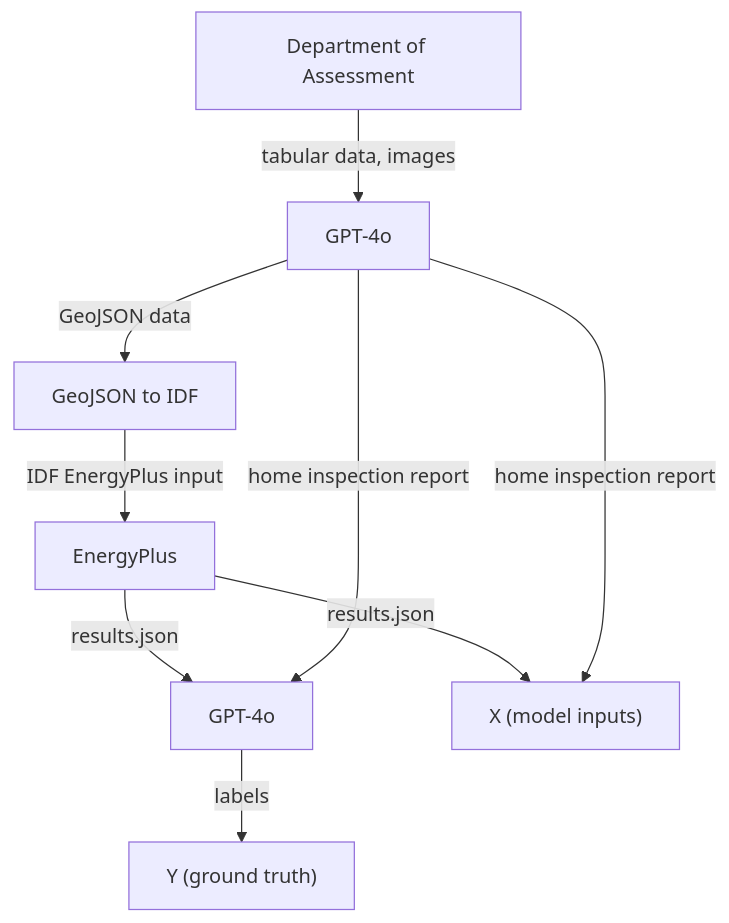
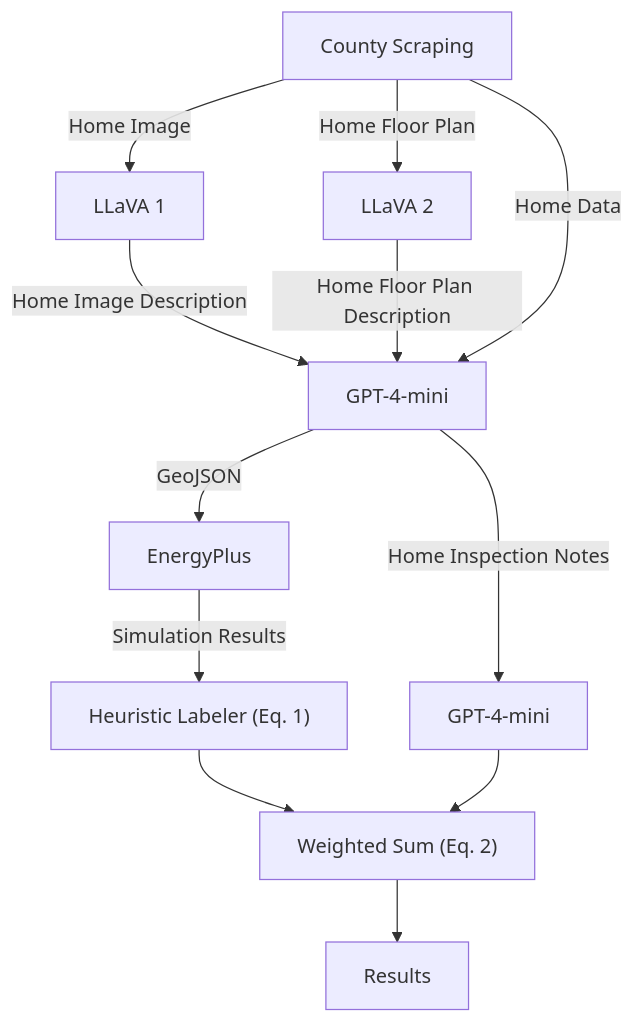
Before and after one commit to Lafayette-EshbaughSilveyra-Group/synthetic-homes: the diagram in README.md, drawn with Mermaid. The commit also changed other lines of this file and 8 other files, not shown here.

````diff
--- a/README.md
+++ b/README.md
@@ -18,9 +24,14 @@
 ```mermaid
-flowchart TB
-    A[Department of Assessment] -- tabular data, images --> B["GPT-4o"]
-    B -- GeoJSON data --> C["GeoJSON to IDF"]
-    C -- IDF EnergyPlus input --> D["EnergyPlus"]
-    D -- "results.json" --> E["GPT-4o"] & F["X (model inputs)"]
-    B -- home inspection report --> E & F
-    E -- labels --> G["Y (ground truth)"]
+graph TD
+  A["County Scraping"] --Home Image--> B["LLaVA 1"]
+  A --Home Floor Plan--> C["LLaVA 2"]
+  B --Home Image Description--> D["GPT-4-mini"]
+  C --Home Floor Plan Description--> D
+  A --Home Data--> D
+  D --GeoJSON--> E[EnergyPlus]
+  D --Home Inspection Notes--> F["GPT-4-mini"]
+  E --Simulation Results--> G["Heuristic Labeler (Eq. 1)"]
+  G --> H["Weighted Sum (Eq. 2)"]
+  F --> H
+  H --> I["Results"] 
 ```
````
